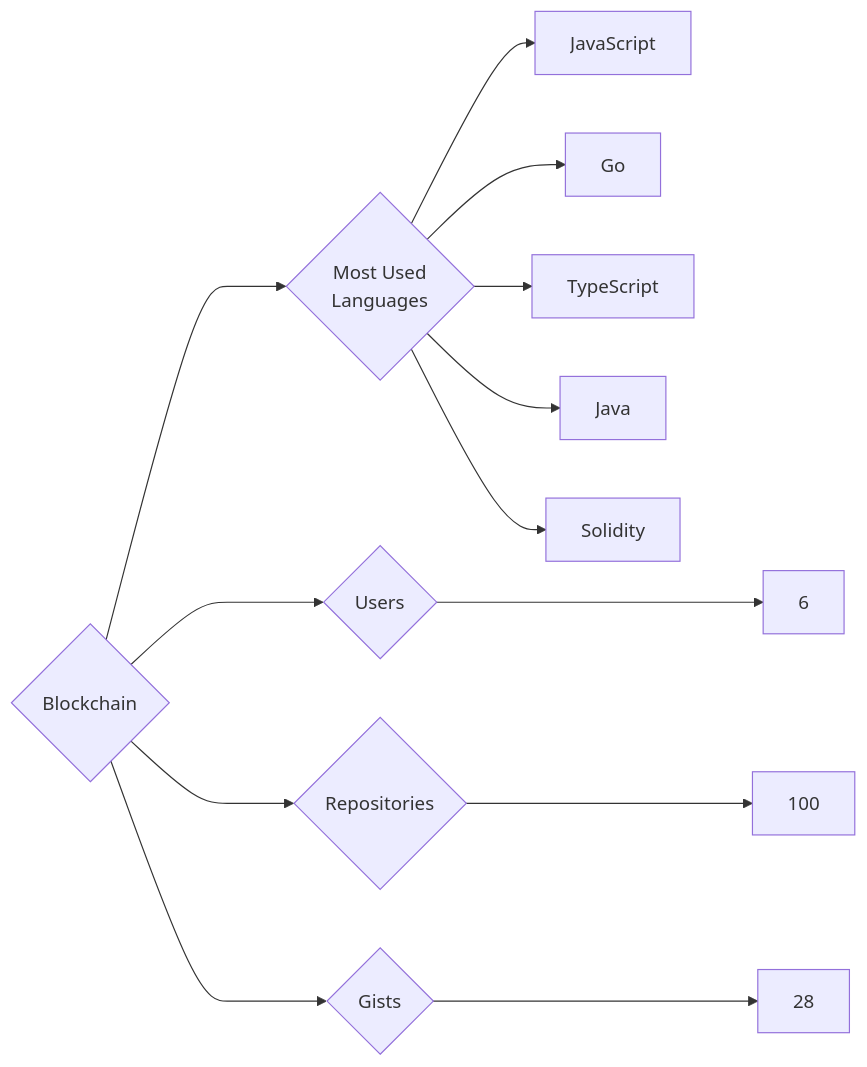
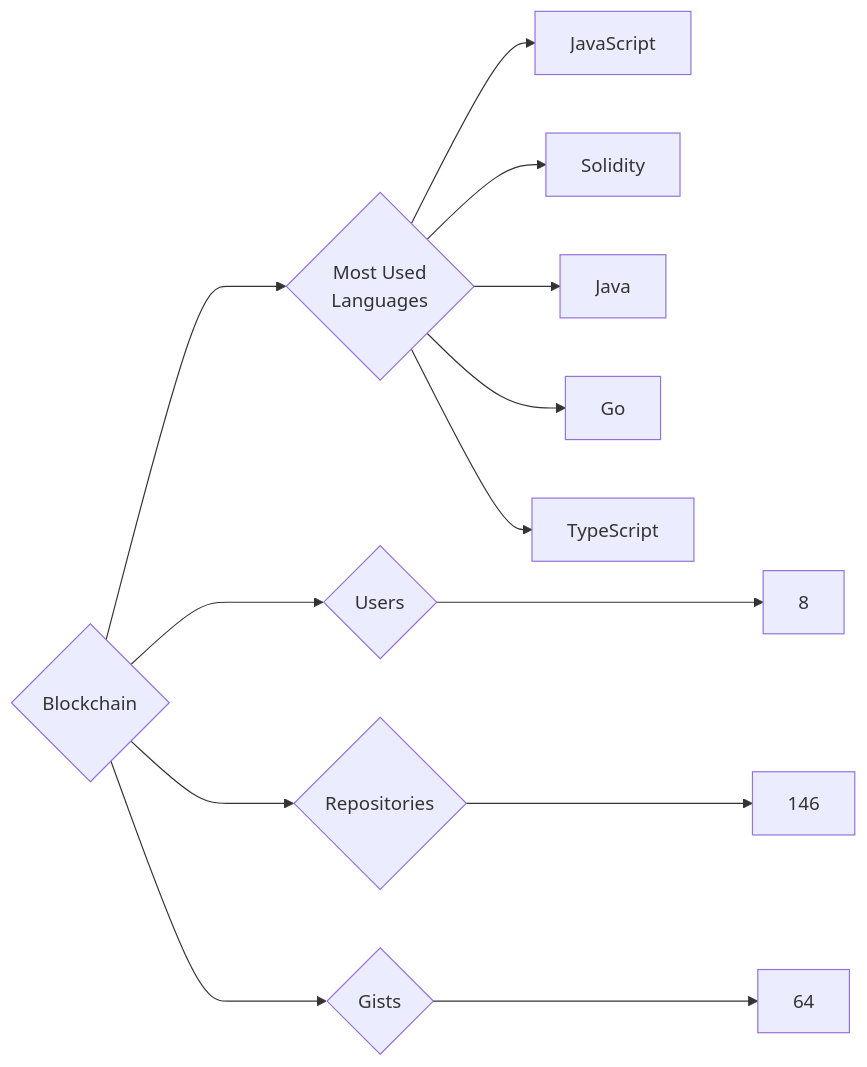
Before and after one commit to trickest/insiders: the diagram in targets/Blockchain/README.md, drawn with Mermaid. The commit also changed 840 other files, not shown here.

````diff
--- a/targets/Blockchain/README.md
+++ b/targets/Blockchain/README.md
@@ -3,13 +3,13 @@
 ```mermaid
 graph LR
 COMPANY_NAME{Blockchain}
-COMPANY_NAME ---> U{Users} ---> UN[6]
-COMPANY_NAME ---> R{Repositories} ---> RN[100]
-COMPANY_NAME ---> G{Gists} ---> GN[28]
+COMPANY_NAME ---> U{Users} ---> UN[8]
+COMPANY_NAME ---> R{Repositories} ---> RN[146]
+COMPANY_NAME ---> G{Gists} ---> GN[64]
 COMPANY_NAME ---> ML{Most Used<br>Languages}
 ML --> JavaScript[JavaScript]
+ML --> Solidity[Solidity]
+ML --> Java[Java]
 ML --> Go[Go]
 ML --> TypeScript[TypeScript]
-ML --> Java[Java]
-ML --> Solidity[Solidity]
 ```
````
